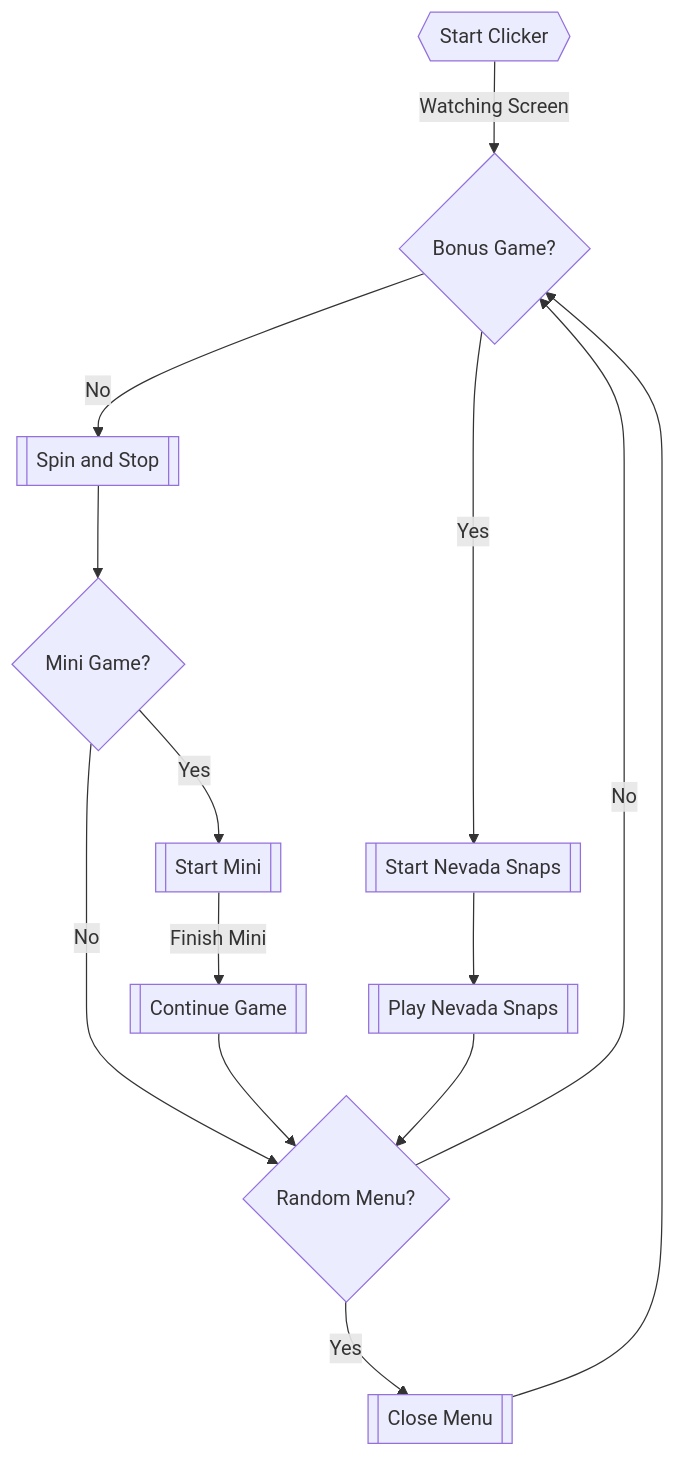
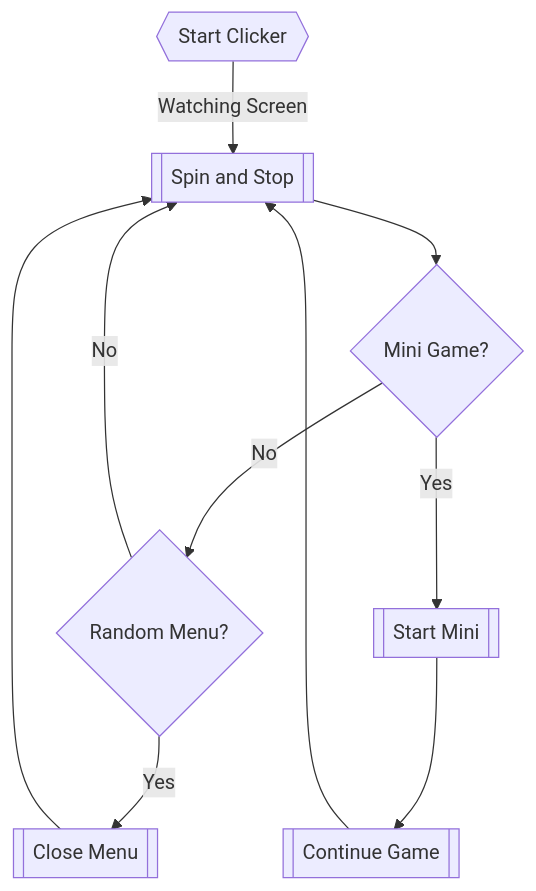
Before and after one commit to Neighborhood-Data-Science/instant-beer-money: the diagram in AutoClick Patterns/Games/Caesars Slots/README.md, drawn with Mermaid. The commit also changed other lines of this file, not shown here.

Commit message:
Updated scenario language and flowchart in README

````diff
--- a/AutoClick Patterns/Games/Caesars Slots/README.md
+++ b/AutoClick Patterns/Games/Caesars Slots/README.md
@@ -77,19 +68,14 @@
 ```mermaid
 graph TD;
-    A{{Start Clicker}}-->|Watching Screen|B{Bonus Game?};
-    B-->|Yes|C[[Start Nevada Snaps]];
-    C-->D[[Play Nevada Snaps]];
-    B-->|No|E[[Spin and Stop]];
-    E-->F{Mini Game?};
-    F-->|No|I;
-    F-->|Yes|G[[Start Mini]];
-    G-->|Finish Mini|H[[Continue Game]];
-    H-->I{Random Menu?};
-    D-->I;
-    
-    I-->|No|B;
-    I-->|Yes|J[[Close Menu]];
-    J-->B;
+    A{{Start Clicker}}-->|Watching Screen|B[[Spin and Stop]];
+    B-->C{Mini Game?};
+    C-->|No|D{Random Menu?}
+    C-->|Yes|E[[Start Mini]];
+    E-->F[[Continue Game]];
+    D-->|No|B;
+    D-->|Yes|G[[Close Menu]];
+    F-->B;
+    G-->B;
     
     
 ```
````
